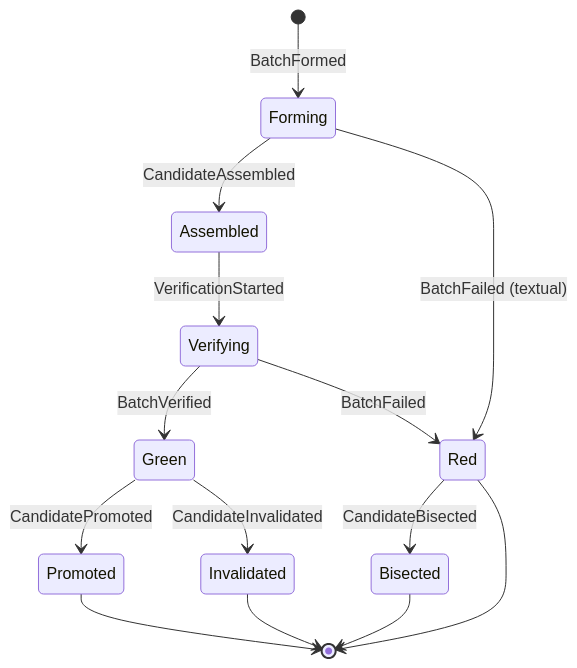
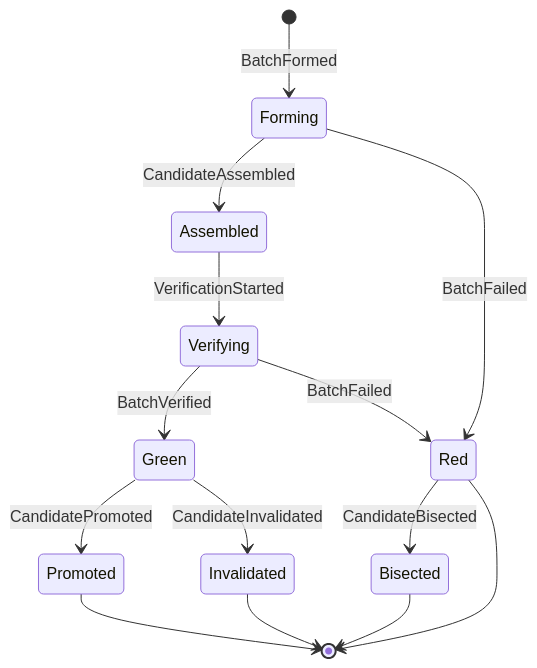
One commit to bimsonz/keel changed the fifth of 12 diagrams in docs/domain/state-machines.md. Above: the diagram before and after it, drawn with Mermaid. The commit also changed other lines of this file and 6 other files, not shown here.

````diff
--- a/docs/domain/state-machines.md
+++ b/docs/domain/state-machines.md
@@ -233,16 +282,16 @@
 ```mermaid
 stateDiagram-v2
   [*] --> Forming: BatchFormed
   Forming --> Assembled: CandidateAssembled
-  Forming --> Red: BatchFailed (textual)
+  Forming --> Red: BatchFailed
   Assembled --> Verifying: VerificationStarted
   Verifying --> Green: BatchVerified
   Verifying --> Red: BatchFailed
-  Red --> Bisected: CandidateBisected
   Green --> Promoted: CandidatePromoted
   Green --> Invalidated: CandidateInvalidated
+  Red --> Bisected: CandidateBisected
+  Red --> [*]
   Promoted --> [*]
   Invalidated --> [*]
   Bisected --> [*]
-  Red --> [*]
 ```
````
